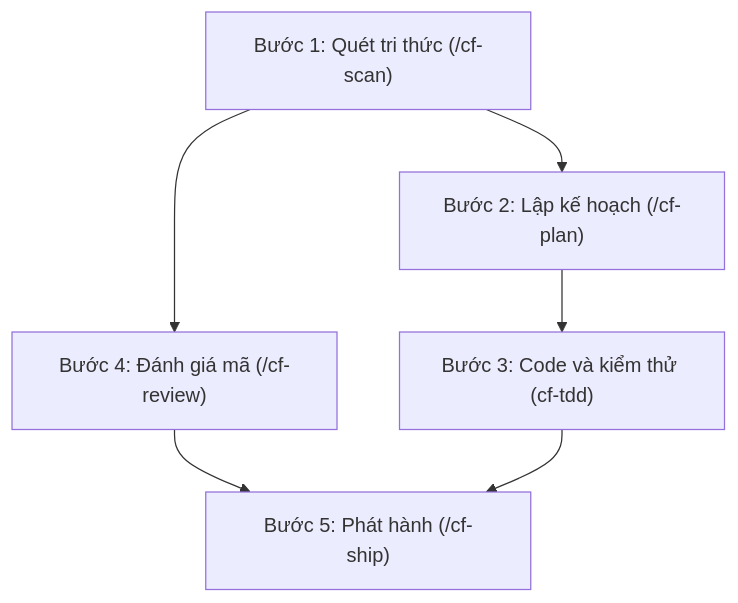
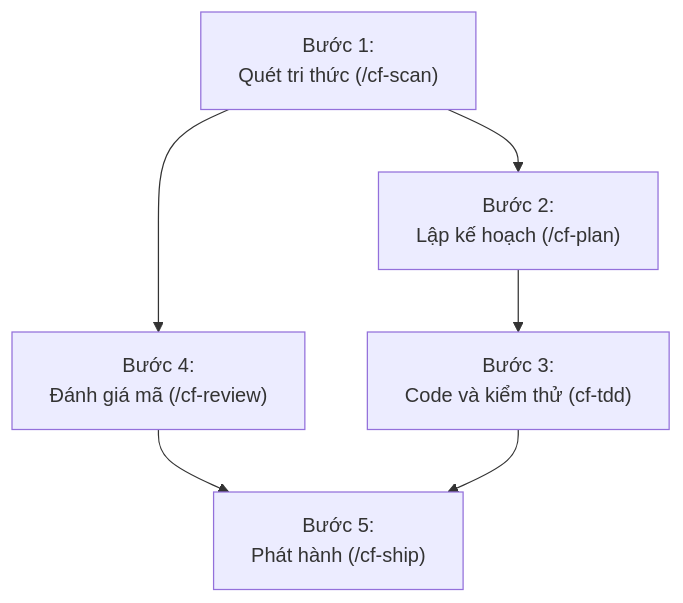
Before and after one commit to nguyengoctin/my_website: the first of 6 diagrams in content/posts/toan-tap-coding-friend-ai-engineering.md, drawn with Mermaid. The commit also changed other lines of this file and 3 other files, not shown here.

````diff
--- a/content/posts/toan-tap-coding-friend-ai-engineering.md
+++ b/content/posts/toan-tap-coding-friend-ai-engineering.md
@@ -43,13 +43,13 @@
 ```mermaid
 flowchart TD
-    Scan["`Bước 1: Quét tri thức (/cf-scan)`"]
-    Plan["`Bước 2: Lập kế hoạch (/cf-plan)`"]
-    Review["`Bước 4: Đánh giá mã (/cf-review)`"]
-    Code["`Bước 3: Code và kiểm thử (cf-tdd)`"]
-    Ship["`Bước 5: Phát hành (/cf-ship)`"]
+    Scan["`Bước 1:<br/>Quét tri thức (/cf-scan)`"]
+    Plan["`Bước 2:<br/>Lập kế hoạch (/cf-plan)`"]
+    Review["`Bước 4:<br/>Đánh giá mã (/cf-review)`"]
+    Code["`Bước 3:<br/>Code và kiểm thử (cf-tdd)`"]
+    Ship["`Bước 5:<br/>Phát hành (/cf-ship)`"]
     Scan --> Plan
     Scan --> Review
     Plan --> Code
     Review --> Ship
     Code --> Ship
 ```
````
